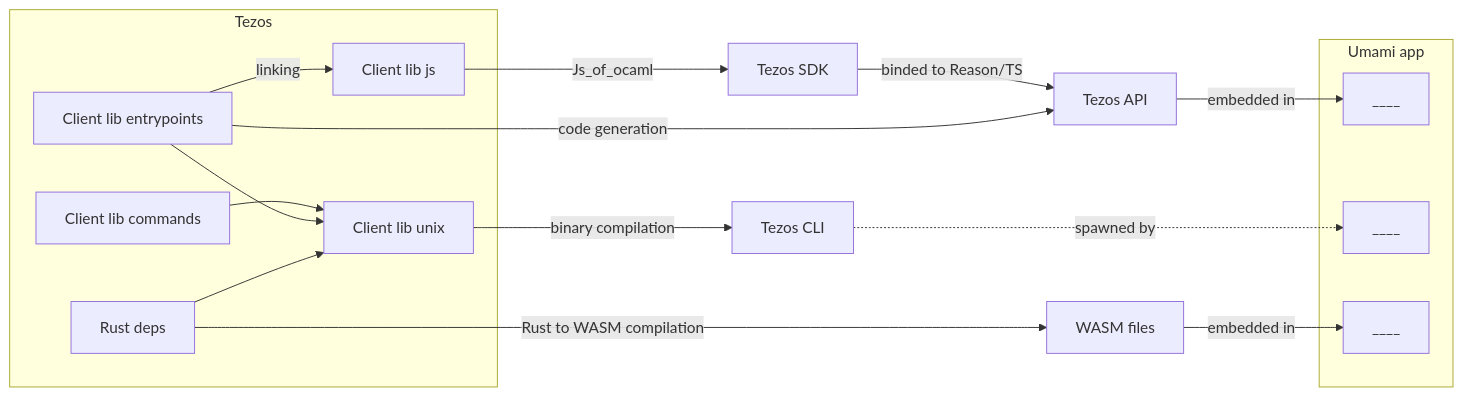
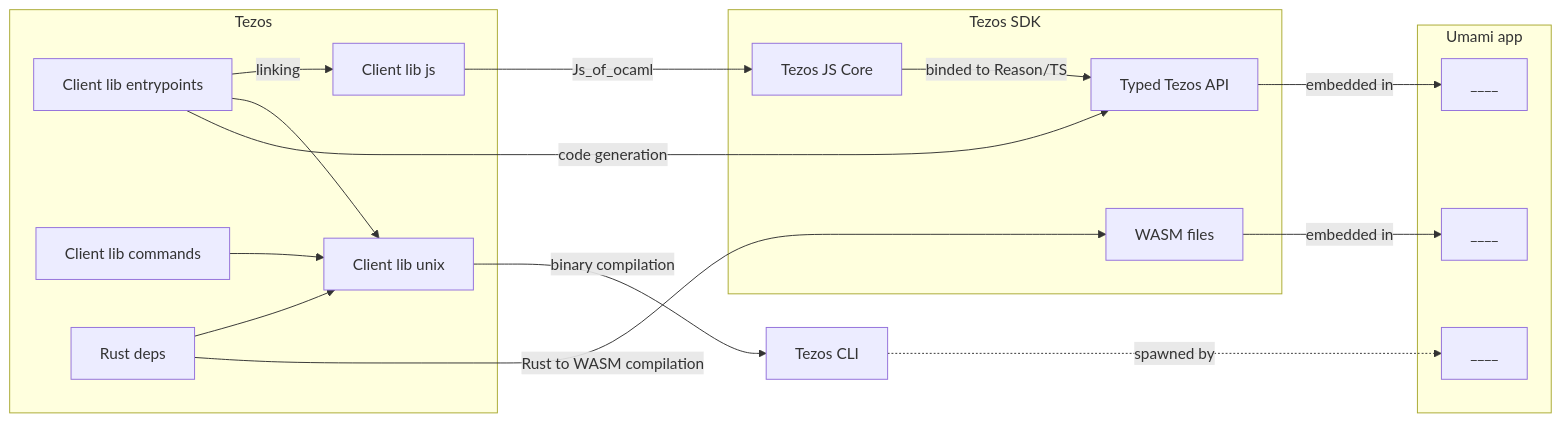
The first of 2 diagrams in docs/specs/compilation-schema.md (trilitech/umami-v1), drawn with Mermaid before and after one commit. The commit also changed other lines of this file, not shown here.

Commit message:
[specs] new subgraph for tezos SDK in compilation Schema

````diff
--- a/docs/specs/compilation-schema.md
+++ b/docs/specs/compilation-schema.md
@@ -3,23 +3,30 @@
 ```mermaid
 graph LR
   subgraph "Umami app"
   Node11[____]
   Node12[____]
   Node13[____]
   end
 
   subgraph "Tezos"
   Node1[Client lib entrypoints] -- linking --> Node3[Client lib js]
   Node2[Client lib commands] --> Node4
   Node1 --> Node4[Client lib unix]
   Node5[Rust deps] --> Node4
   end
   Node5 -- Rust to WASM compilation --> Node6[WASM files]
   Node4 -- binary compilation --> Node8
   Node8[Tezos CLI] -. spawned by .-> Node12
   Node6 -- embedded in --> Node13
-  Node3 -- Js_of_ocaml --> Node9[Tezos SDK]
+  Node3 -- Js_of_ocaml --> Node9[Tezos JS Core]
   Node9 -- binded to Reason/TS --> Node10
-  Node10[Tezos API] -- embedded in --> Node11
+  Node10[Typed Tezos API] -- embedded in --> Node11
   Node1 -- code generation --> Node10
+
+
+  subgraph "Tezos SDK"
+    Node9
+    Node6
+    Node10
+  end
 ```
````
